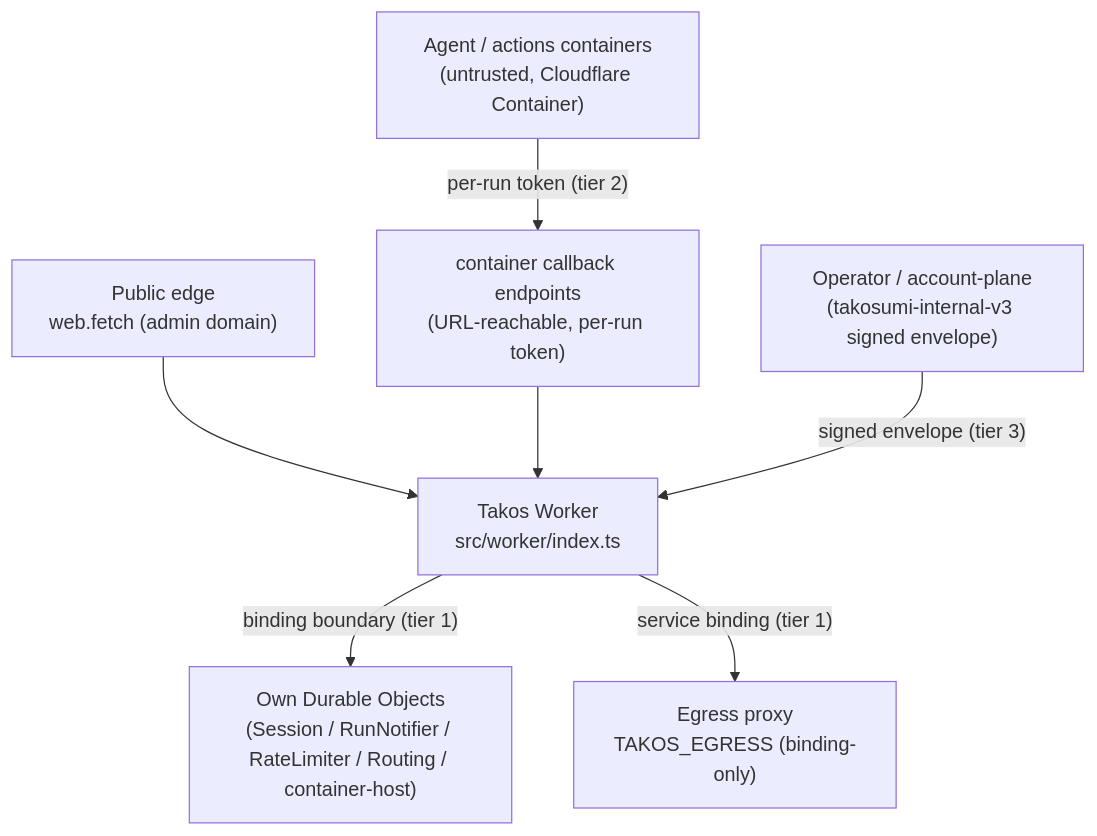
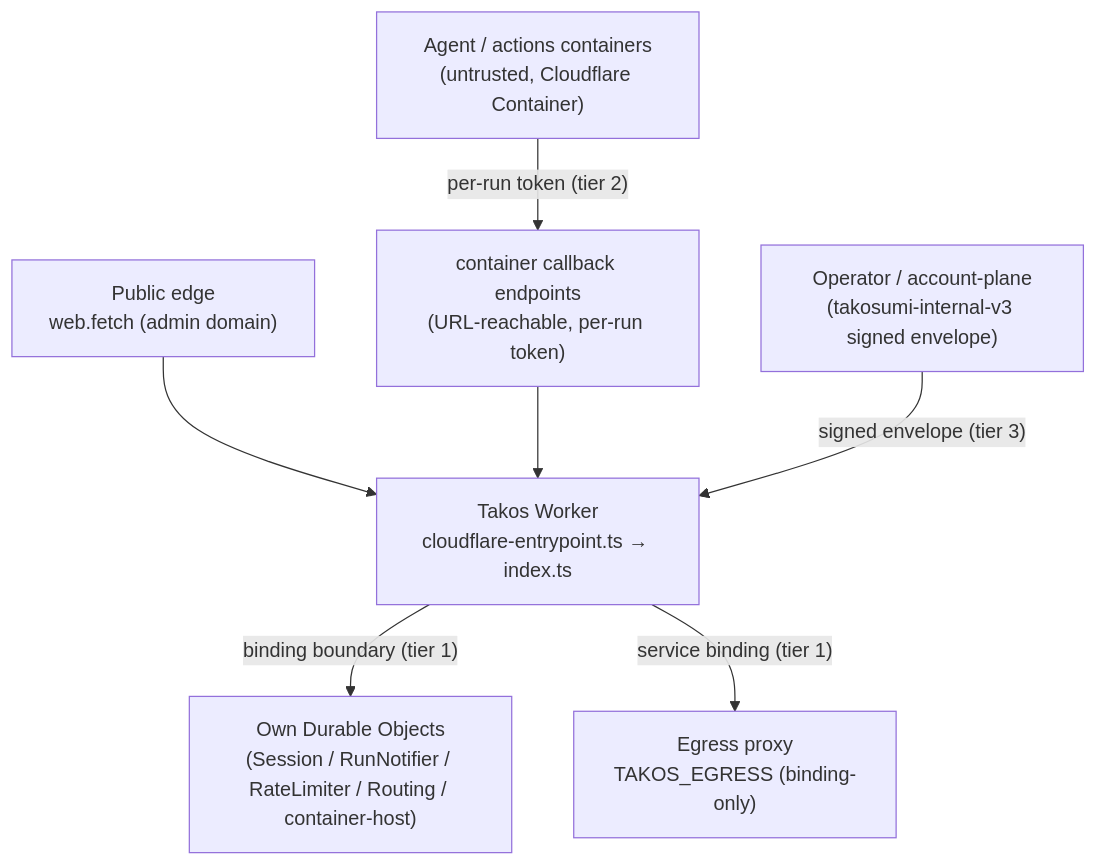
The second of 2 diagrams in docs/architecture/diagrams.md (tako0614/takos), drawn with Mermaid before and after one commit. The commit also changed 332 other files, not shown here.

````diff
--- a/docs/architecture/diagrams.md
+++ b/docs/architecture/diagrams.md
@@ -33,17 +33,17 @@
 ```mermaid
 flowchart TB
   Edge["Public edge<br/>web.fetch (admin domain)"]
-  W["Takos Worker<br/>src/worker/index.ts"]
+  W["Takos Worker<br/>cloudflare-entrypoint.ts → index.ts"]
   DO["Own Durable Objects<br/>(Session / RunNotifier / RateLimiter / Routing / container-host)"]
   Eg["Egress proxy<br/>TAKOS_EGRESS (binding-only)"]
   RH["container callback endpoints<br/>(URL-reachable, per-run token)"]
   C["Agent / actions containers<br/>(untrusted, Cloudflare Container)"]
   Op["Operator / account-plane<br/>(takosumi-internal-v3 signed envelope)"]
 
   Edge --> W
   W -- binding boundary (tier 1) --> DO
   W -- service binding (tier 1) --> Eg
   C -- per-run token (tier 2) --> RH
   RH --> W
   Op -- signed envelope (tier 3) --> W
 ```
````
